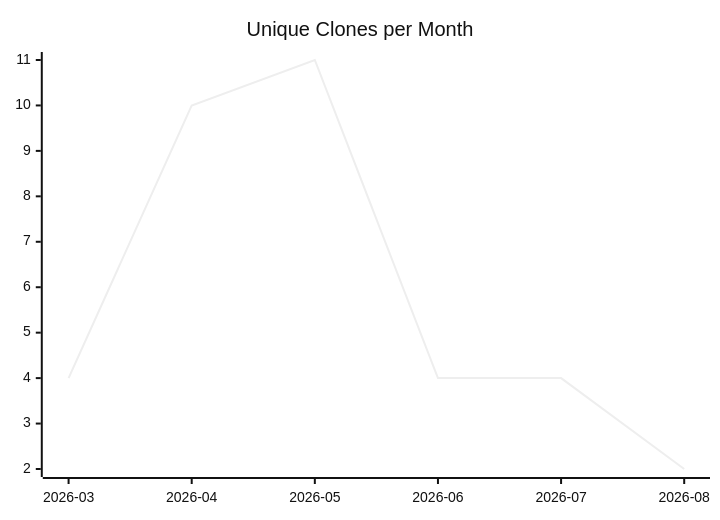
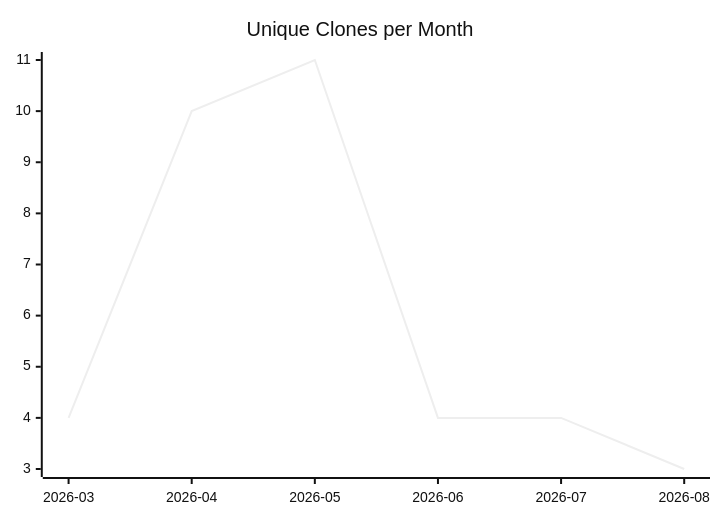
One commit to justdavis-family/github-analytics-data changed the third of 3 diagrams in karlmdavis/workstation-base-ansible-role/README.md. Above: the diagram before and after it, drawn with Mermaid (neutral theme). The commit also changed other lines of this file and 162 other files, not shown here.

````diff
--- a/karlmdavis/workstation-base-ansible-role/README.md
+++ b/karlmdavis/workstation-base-ansible-role/README.md
@@ -19,6 +19,6 @@
 ```mermaid
 xychart-beta
   title "Unique Clones per Month"
   x-axis ["2026-03", "2026-04", "2026-05", "2026-06", "2026-07", "2026-08"]
-  line [4, 10, 11, 4, 4, 2]
+  line [4, 10, 11, 4, 4, 3]
 ```
````
